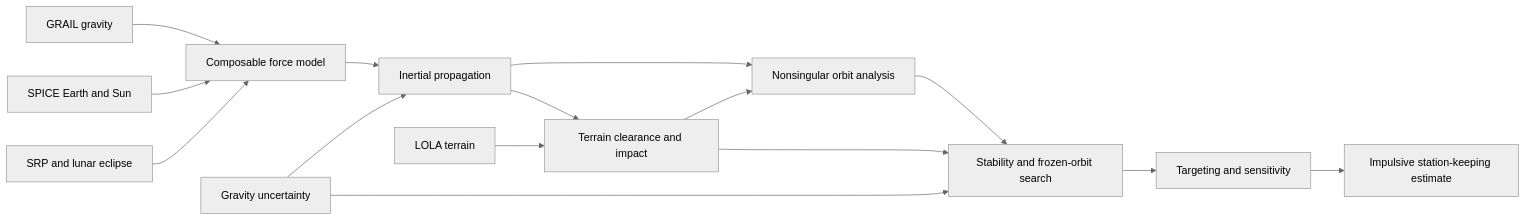
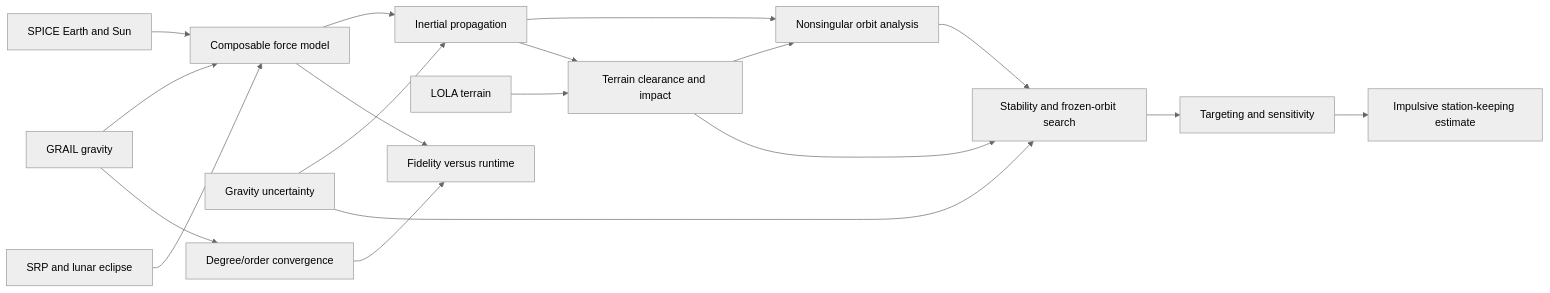
Before and after one commit to sylvesterkaczmarek/lunar-astrodynamics-simulation: the diagram in README.md, drawn with Mermaid (neutral theme). The commit also changed other lines of this file and 7 other files, not shown here.

First line of the commit message:
Add gravity convergence and force-model fidelity analysis

````diff
--- a/README.md
+++ b/README.md
@@ -15,17 +15,20 @@
 ```mermaid
 flowchart LR
     G[GRAIL gravity] --> F[Composable force model]
     E[SPICE Earth and Sun] --> F
     S[SRP and lunar eclipse] --> F
     F --> P[Inertial propagation]
     U[Gravity uncertainty] --> P
     P --> A[Nonsingular orbit analysis]
     L[LOLA terrain] --> C[Terrain clearance and impact]
     P --> C
     C --> A
     A --> Q[Stability and frozen-orbit search]
     U --> Q
     C --> Q
     Q --> T[Targeting and sensitivity]
     T --> K[Impulsive station-keeping estimate]
+    G --> D[Degree/order convergence]
+    D --> R[Fidelity versus runtime]
+    F --> R
 ```
````
